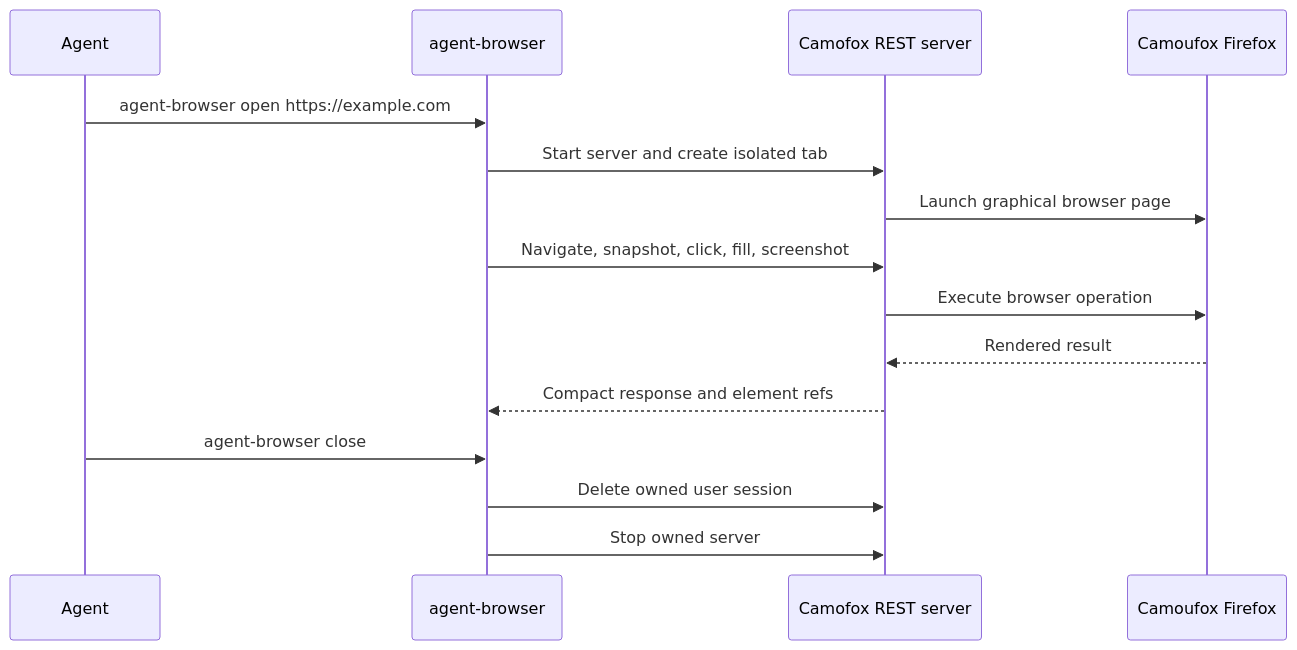
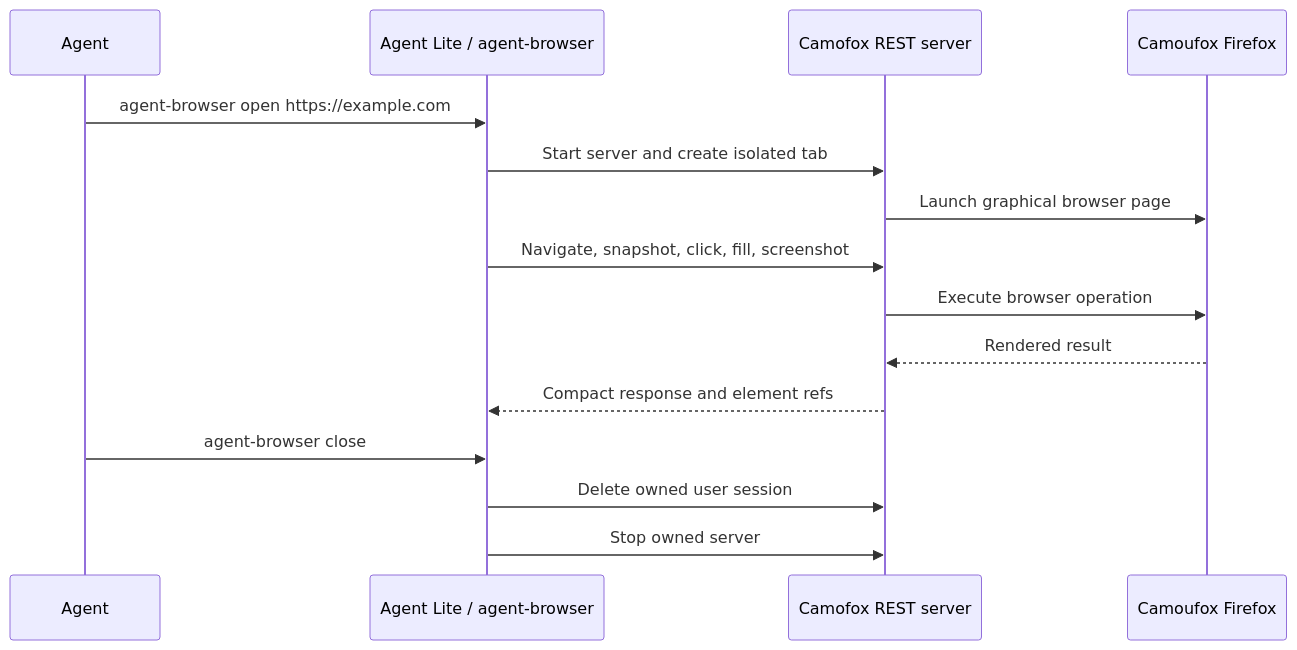
One commit to thoriqakbar0/camofox-browser changed the diagram in README.md. Above: the diagram before and after it, drawn with Mermaid. The commit also changed other lines of this file, not shown here.

Commit message:
Point Camofox docs at Agent Lite

````diff
--- a/README.md
+++ b/README.md
@@ -39,18 +39,18 @@
 ```mermaid
 sequenceDiagram
     participant Agent
-    participant CLI as agent-browser
+    participant CLI as Agent Lite / agent-browser
     participant API as Camofox REST server
     participant Firefox as Camoufox Firefox
 
     Agent->>CLI: agent-browser open https://example.com
     CLI->>API: Start server and create isolated tab
     API->>Firefox: Launch graphical browser page
     CLI->>API: Navigate, snapshot, click, fill, screenshot
     API->>Firefox: Execute browser operation
     Firefox-->>API: Rendered result
     API-->>CLI: Compact response and element refs
     Agent->>CLI: agent-browser close
     CLI->>API: Delete owned user session
     CLI->>API: Stop owned server
 ```
````
